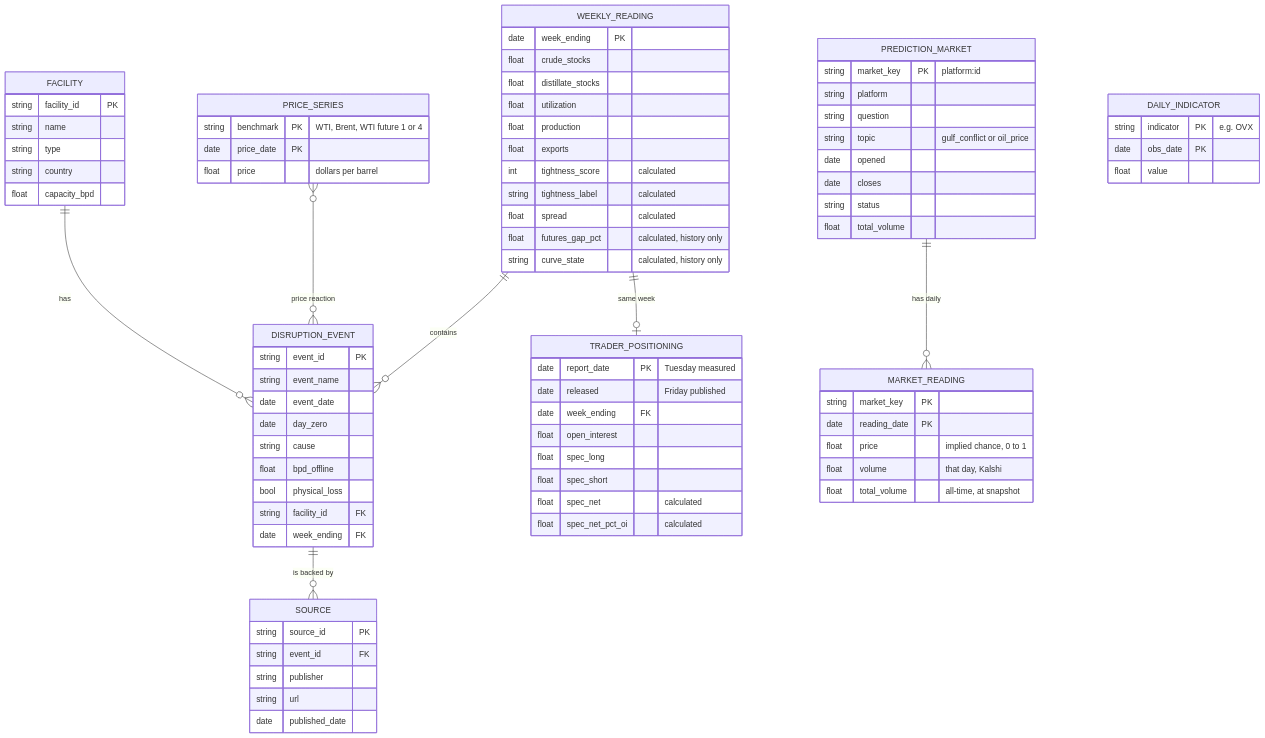
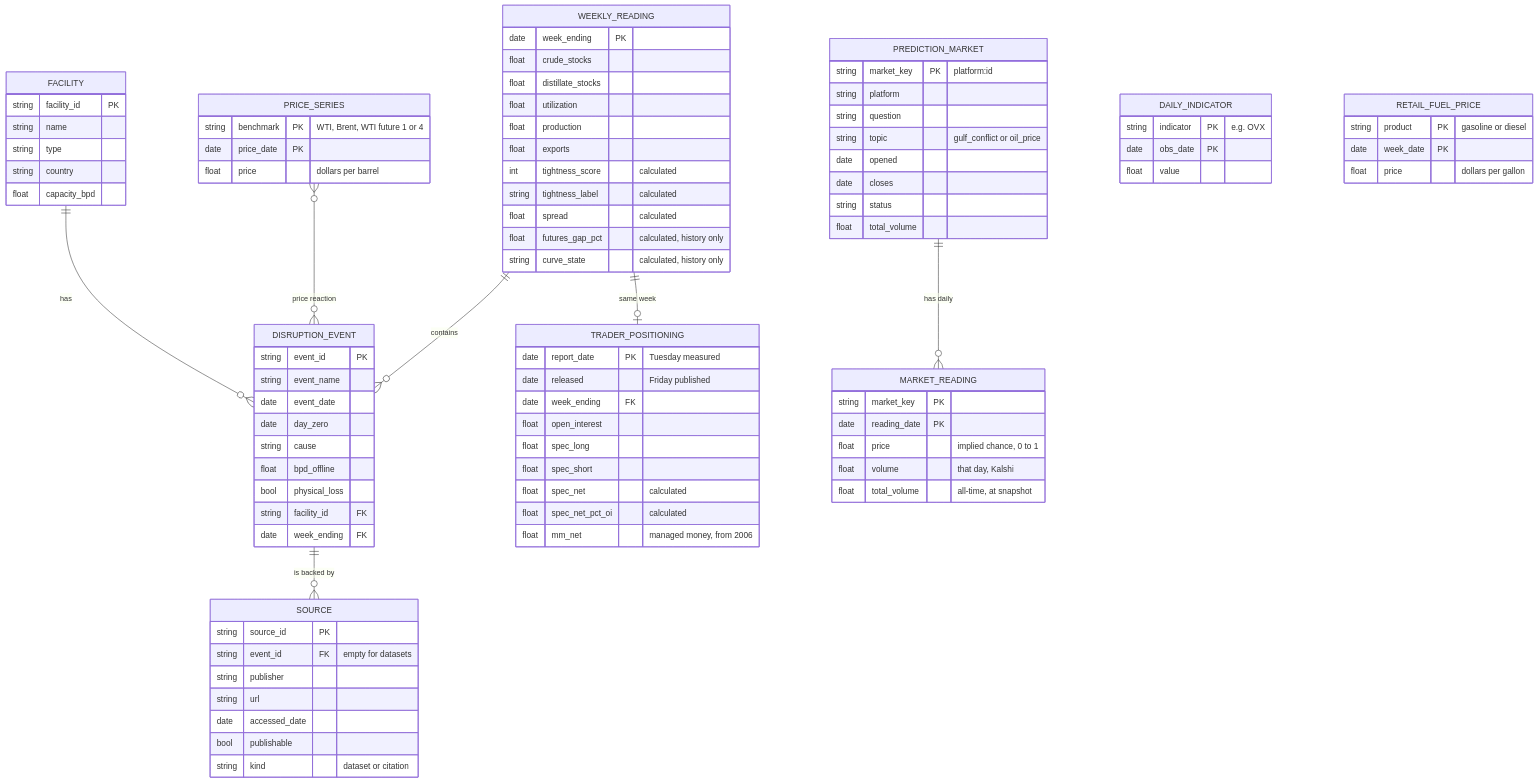
The diagram in README.md (domenicguanciale/crude-market-monitor), drawn with Mermaid before and after one commit. The commit also changed other lines of this file and 18 other files, not shown here.

First line of the commit message:
M1: dollar index, retail fuel, managed money, source registry, reconciliation

```diff
--- a/README.md
+++ b/README.md
@@ -421,10 +437,12 @@
     }
     SOURCE {
         string source_id PK
-        string event_id FK
+        string event_id FK "empty for datasets"
         string publisher
         string url
-        date published_date
+        date accessed_date
+        bool publishable
+        string kind "dataset or citation"
     }
     PRICE_SERIES {
         string benchmark PK "WTI, Brent, WTI future 1 or 4"
@@ -440,6 +458,11 @@
         float value
     }
 
+    RETAIL_FUEL_PRICE {
+        string product PK "gasoline or diesel"
+        date week_date PK
+        float price "dollars per gallon"
+    }
     TRADER_POSITIONING {
         date report_date PK "Tuesday measured"
         date released "Friday published"
@@ -449,6 +472,7 @@
         float spec_short
         float spec_net "calculated"
         float spec_net_pct_oi "calculated"
+        float mm_net "managed money, from 2006"
     }
 
     PREDICTION_MARKET {
```
